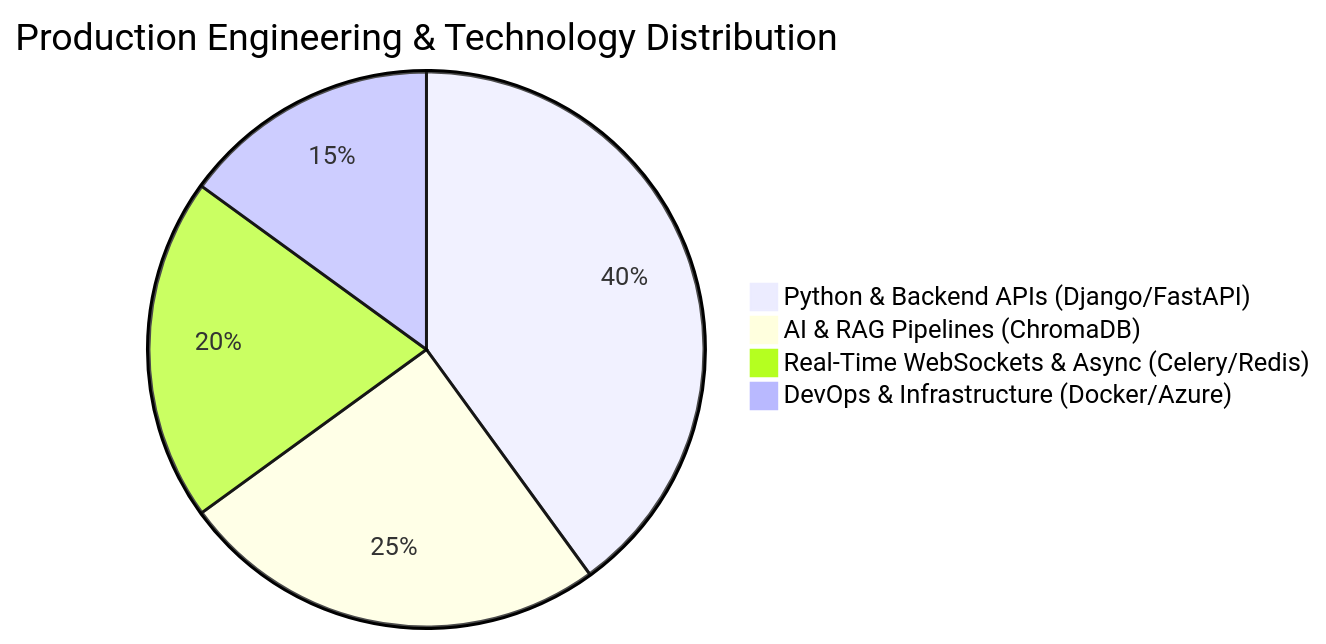
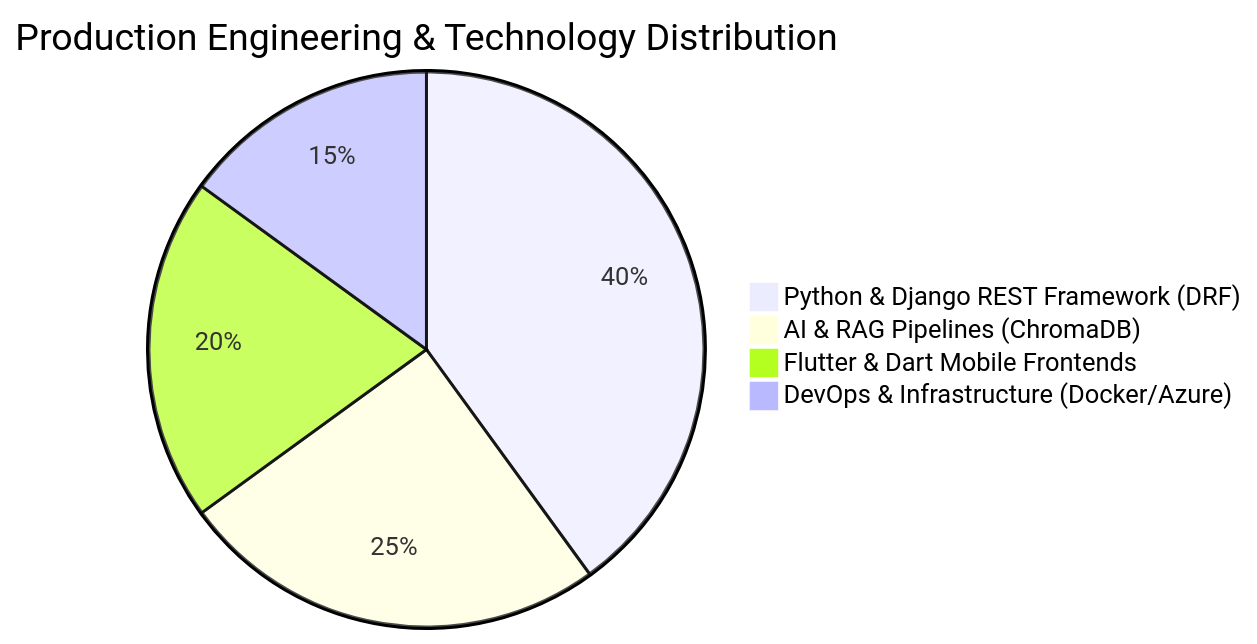
Before and after one commit to sridhar8910/sridhar8910: the third of 3 diagrams in README.md, drawn with Mermaid. The commit also changed other lines of this file and 2 other files, not shown here.

Commit message:
fix: update tech stack specs - Flutter/Dart for NeevPath & SoulSupport, React for VerifiHireAI, Python/Django REST Framework for all backends

````diff
--- a/README.md
+++ b/README.md
@@ -204,7 +150,7 @@
 ```mermaid
 pie title Production Engineering & Technology Distribution
-    "Python & Backend APIs (Django/FastAPI)" : 40
+    "Python & Django REST Framework (DRF)" : 40
     "AI & RAG Pipelines (ChromaDB)" : 25
-    "Real-Time WebSockets & Async (Celery/Redis)" : 20
+    "Flutter & Dart Mobile Frontends" : 20
     "DevOps & Infrastructure (Docker/Azure)" : 15
 ```
````
